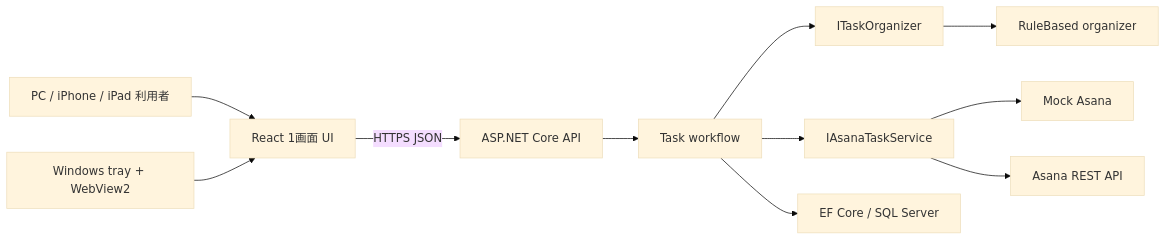
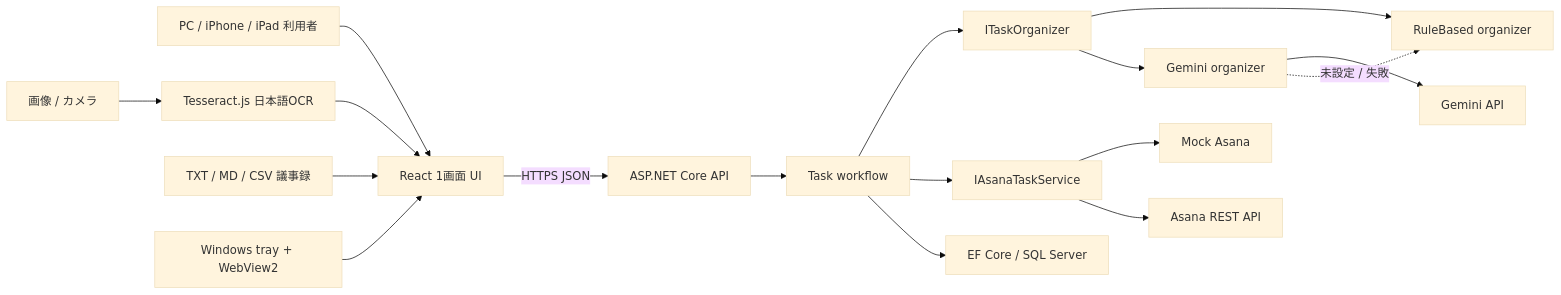
Before and after one commit to onishichimaki/Asana_App: the first of 2 diagrams in ARCHITECTURE.md, drawn with Mermaid (base theme). The commit also changed other lines of this file and 27 other files, not shown here.

````diff
--- a/ARCHITECTURE.md
+++ b/ARCHITECTURE.md
@@ -7,13 +7,18 @@
 ```mermaid
 flowchart LR
     User["PC / iPhone / iPad 利用者"] --> Web["React 1画面 UI"]
+    Image["画像 / カメラ"] --> Ocr["Tesseract.js 日本語OCR"] --> Web
+    Minutes["TXT / MD / CSV 議事録"] --> Web
     Tray["Windows tray + WebView2"] --> Web
     Web -->|HTTPS JSON| Api["ASP.NET Core API"]
     Api --> Workflow["Task workflow"]
     Workflow --> Organizer["ITaskOrganizer"]
     Workflow --> Asana["IAsanaTaskService"]
     Workflow --> Db["EF Core / SQL Server"]
     Organizer --> Rule["RuleBased organizer"]
+    Organizer --> Gemini["Gemini organizer"]
+    Gemini --> GeminiApi["Gemini API"]
+    Gemini -. "未設定 / 失敗" .-> Rule
     Asana --> Mock["Mock Asana"]
     Asana --> Real["Asana REST API"]
 ```
````
